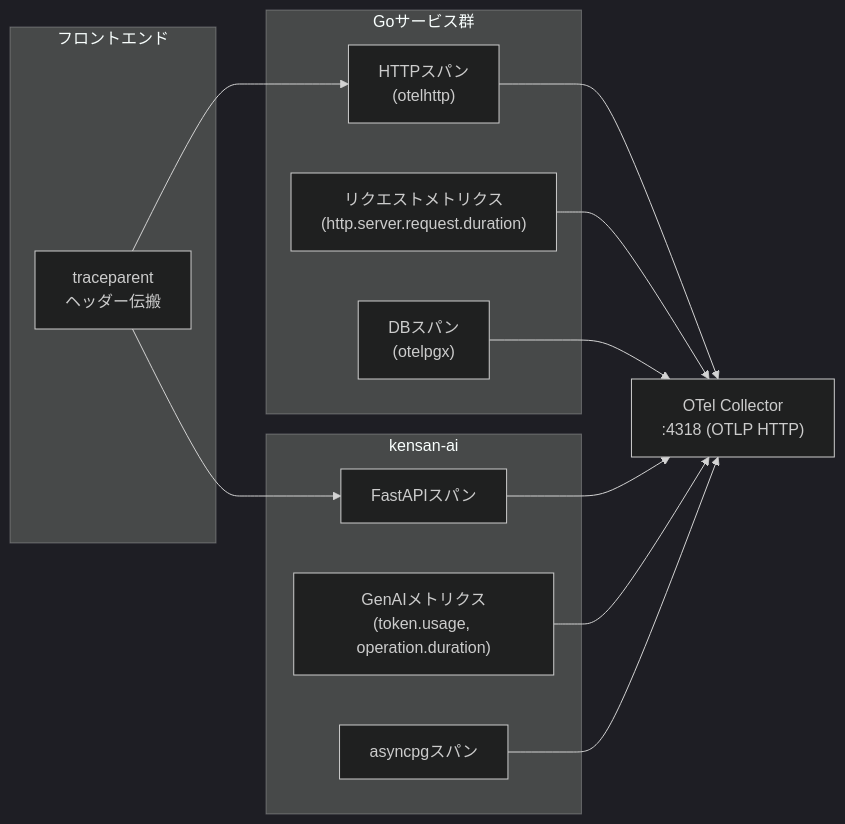
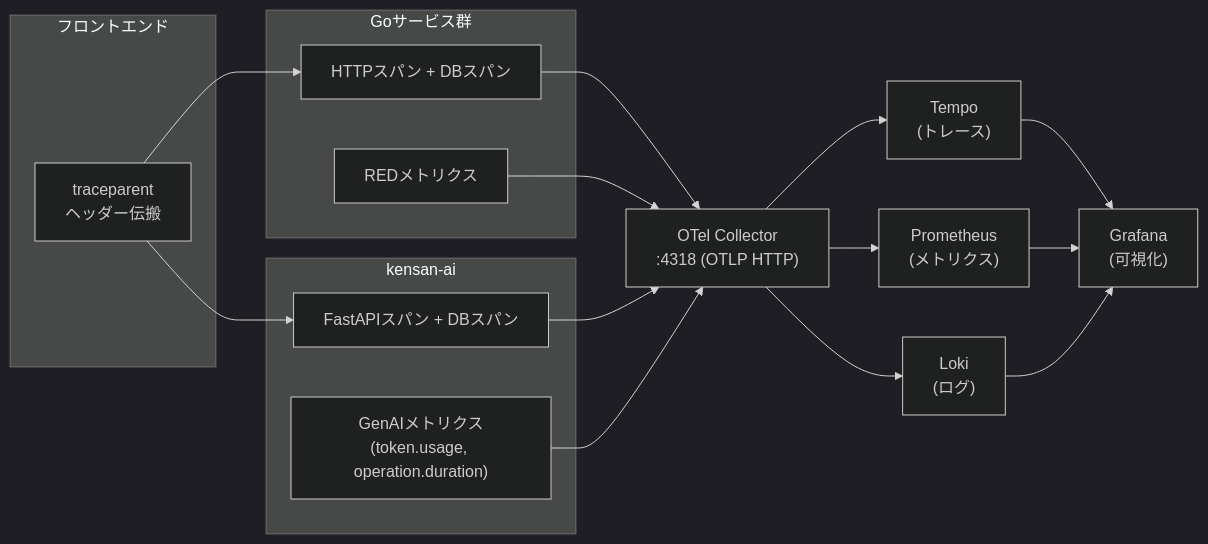
One commit to yu-min3/kensan changed diagram 16 of 16 in ARCHITECTURE.md. Above: the diagram before and after it, drawn with Mermaid (dark theme). The commit also changed other lines of this file and 117 other files, not shown here.

````diff
--- a/ARCHITECTURE.md
+++ b/ARCHITECTURE.md
@@ -659,29 +669,37 @@
 ```mermaid
 graph LR
     subgraph "Goサービス群"
-        GoTrace["HTTPスパン<br/>(otelhttp)"]
-        GoMetrics["リクエストメトリクス<br/>(http.server.request.duration)"]
-        GoDBTrace["DBスパン<br/>(otelpgx)"]
+        GoTrace["HTTPスパン + DBスパン"]
+        GoMetrics["REDメトリクス"]
     end
 
     subgraph "kensan-ai"
-        PyTrace["FastAPIスパン"]
+        PyTrace["FastAPIスパン + DBスパン"]
         PyMetrics["GenAIメトリクス<br/>(token.usage, operation.duration)"]
-        PyDBTrace["asyncpgスパン"]
     end
 
     subgraph "フロントエンド"
         FETrace["traceparent<br/>ヘッダー伝搬"]
     end
 
     Collector["OTel Collector<br/>:4318 (OTLP HTTP)"]
+    Tempo["Tempo<br/>(トレース)"]
+    Prom["Prometheus<br/>(メトリクス)"]
+    Loki["Loki<br/>(ログ)"]
+    Grafana["Grafana<br/>(可視化)"]
 
     GoTrace --> Collector
     GoMetrics --> Collector
-    GoDBTrace --> Collector
     PyTrace --> Collector
     PyMetrics --> Collector
-    PyDBTrace --> Collector
     FETrace --> GoTrace
     FETrace --> PyTrace
+
+    Collector --> Tempo
+    Collector --> Prom
+    Collector --> Loki
+
+    Tempo --> Grafana
+    Prom --> Grafana
+    Loki --> Grafana
 ```
````
